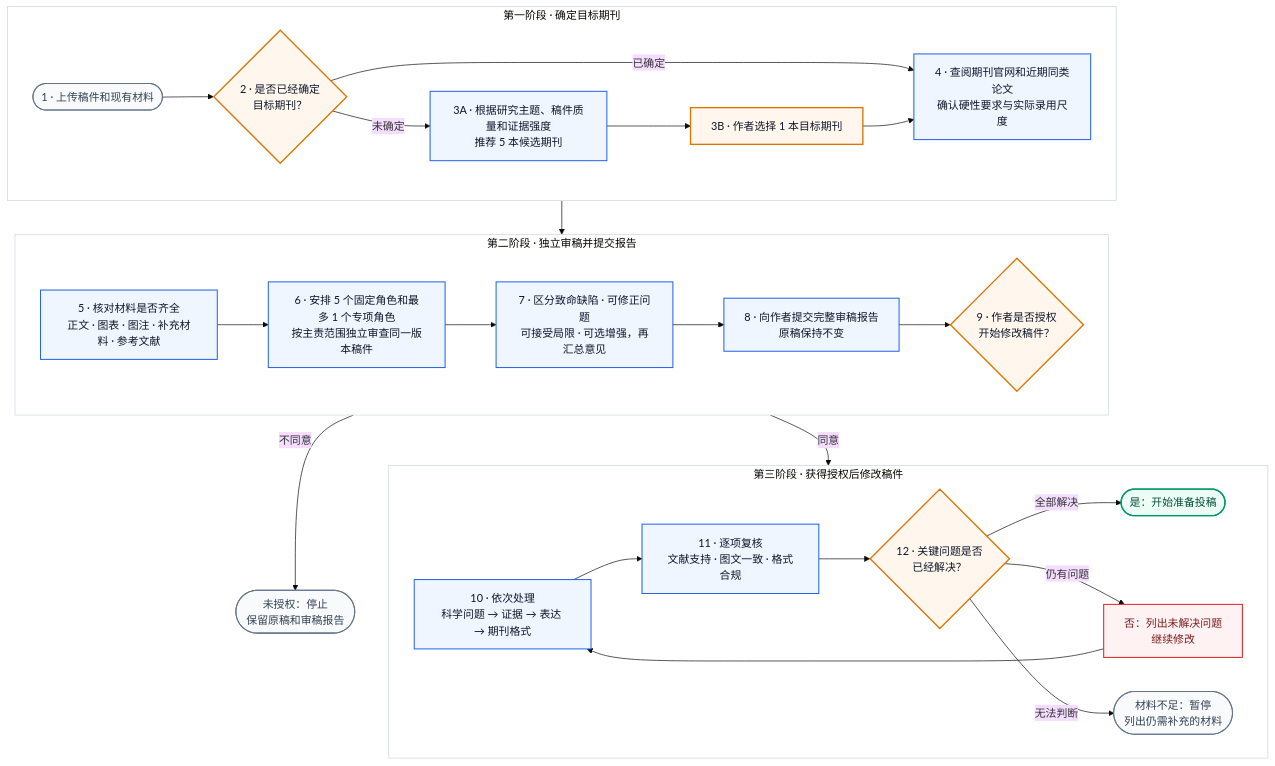
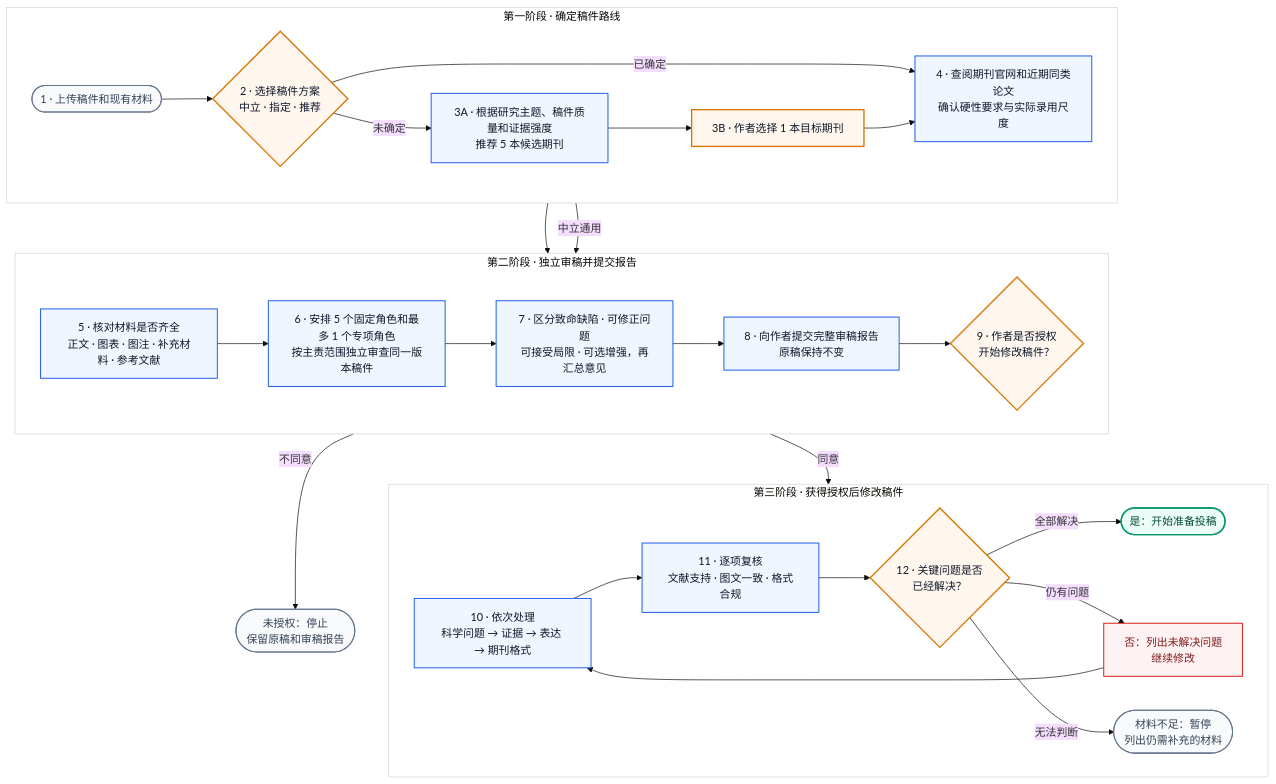
The diagram in README.md (Jameslxr/manuscript-review-revision-skill), drawn with Mermaid (base theme) before and after one commit. The commit also changed other lines of this file and 21 other files, not shown here.

````diff
--- a/README.md
+++ b/README.md
@@ -65,58 +64,59 @@
 ```mermaid
 flowchart TB
     START(["1 · 上传稿件和现有材料"])
-    TARGET{"2 · 是否已经确定<br/>目标期刊？"}
+    TARGET{"2 · 选择稿件方案<br/>中立 · 指定 · 推荐"}
     REC["3A · 根据研究主题、稿件质量和证据强度<br/>推荐 5 本候选期刊"]
     PICK["3B · 作者选择 1 本目标期刊"]
     RULES["4 · 查阅期刊官网和近期同类论文<br/>确认硬性要求与实际录用尺度"]
     CHECK["5 · 核对材料是否齐全<br/>正文 · 图表 · 图注 · 补充材料 · 参考文献"]
     REVIEW["6 · 安排 5 个固定角色和最多 1 个专项角色<br/>按主责范围独立审查同一版本稿件"]
     SUMMARY["7 · 区分致命缺陷 · 可修正问题<br/>可接受局限 · 可选增强，再汇总意见"]
     REPORT["8 · 向作者提交完整审稿报告<br/>原稿保持不变"]
     AUTH{"9 · 作者是否授权<br/>开始修改稿件？"}
     STOP(["未授权：停止<br/>保留原稿和审稿报告"])
     REVISE["10 · 依次处理<br/>科学问题 → 证据 → 表达 → 期刊格式"]
     VERIFY["11 · 逐项复核<br/>文献支持 · 图文一致 · 格式合规"]
     READY{"12 · 关键问题是否<br/>已经解决？"}
     PASS(["是：开始准备投稿"])
     RETURN["否：列出未解决问题<br/>继续修改"]
     MISSING(["材料不足：暂停<br/>列出仍需补充的材料"])
 
-    subgraph S1["第一阶段 · 确定目标期刊"]
+    subgraph S1["第一阶段 · 确定稿件路线"]
         direction LR
         START --> TARGET
         TARGET -- "已确定" --> RULES
         TARGET -- "未确定" --> REC --> PICK --> RULES
     end
 
     subgraph S2["第二阶段 · 独立审稿并提交报告"]
         direction LR
         CHECK --> REVIEW --> SUMMARY --> REPORT --> AUTH
     end
 
     subgraph S3["第三阶段 · 获得授权后修改稿件"]
         direction LR
         REVISE --> VERIFY --> READY
         READY -- "全部解决" --> PASS
         READY -- "仍有问题" --> RETURN --> REVISE
         READY -- "无法判断" --> MISSING
     end
 
     RULES --> CHECK
+    TARGET -- "中立通用" --> CHECK
     AUTH -- "不同意" --> STOP
     AUTH -- "同意" --> REVISE
 
     classDef user fill:#FFF7ED,stroke:#D97706,stroke-width:2px,color:#0F172A;
     classDef skill fill:#EFF6FF,stroke:#2563EB,stroke-width:1.5px,color:#0F172A;
     classDef success fill:#ECFDF5,stroke:#059669,stroke-width:2px,color:#064E3B;
     classDef stop fill:#F8FAFC,stroke:#64748B,stroke-width:1.5px,color:#334155;
     classDef problem fill:#FEF2F2,stroke:#DC2626,stroke-width:1.5px,color:#7F1D1D;
     class TARGET,PICK,AUTH,READY user;
     class REC,RULES,CHECK,REVIEW,SUMMARY,REPORT,REVISE,VERIFY skill;
     class PASS success;
     class START,STOP,MISSING stop;
     class RETURN problem;
     style S1 fill:#FFFFFF,stroke:#CBD5E1,stroke-width:1px
     style S2 fill:#FFFFFF,stroke:#CBD5E1,stroke-width:1px
     style S3 fill:#FFFFFF,stroke:#CBD5E1,stroke-width:1px
 ```
````
